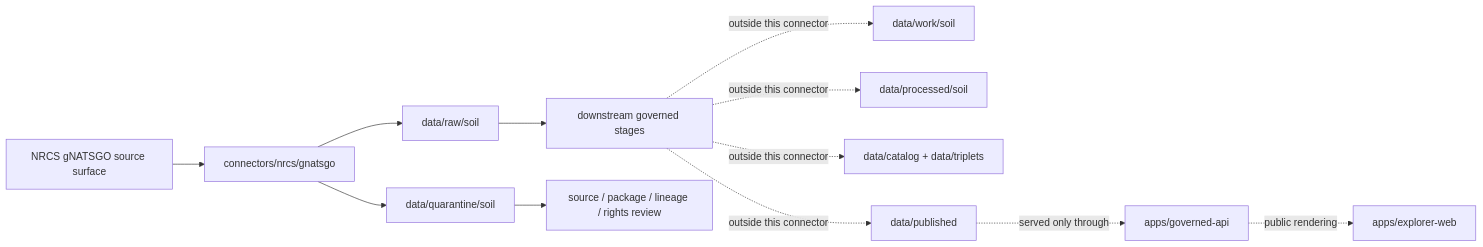
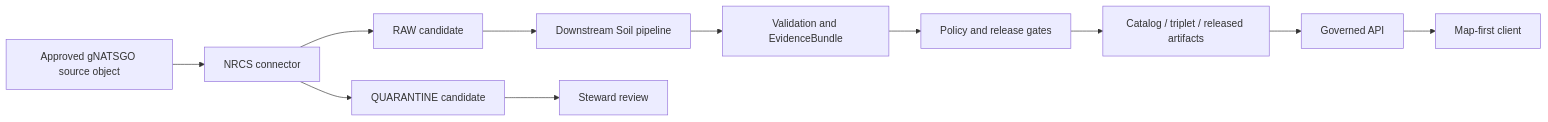
The diagram in connectors/nrcs/gnatsgo/README.md (bartytime4life/Kansas-Frontier-Matrix), drawn with Mermaid before and after one commit. The commit also changed other lines of this file, not shown here.

Commit message:
docs(connectors): strengthen NRCS gNATSGO boundary

````diff
--- a/connectors/nrcs/gnatsgo/README.md
+++ b/connectors/nrcs/gnatsgo/README.md
@@ -135,17 +669,13 @@
 ```mermaid
 flowchart LR
-  SRC[NRCS gNATSGO source surface] --> CONN[connectors/nrcs/gnatsgo]
-  CONN --> RAW[data/raw/soil]
-  CONN --> QUAR[data/quarantine/soil]
-
-  RAW --> NEXT[downstream governed stages]
-  QUAR --> REVIEW[source / package / lineage / rights review]
-
-  NEXT -. outside this connector .-> WORK[data/work/soil]
-  NEXT -. outside this connector .-> PROC[data/processed/soil]
-  NEXT -. outside this connector .-> CAT[data/catalog + data/triplets]
-  NEXT -. outside this connector .-> PUB[data/published]
-
-  PUB -. served only through .-> API[apps/governed-api]
-  API -. public rendering .-> UI[apps/explorer-web]
+  S[Approved gNATSGO source object] --> C[NRCS connector]
+  C --> R[RAW candidate]
+  C --> Q[QUARANTINE candidate]
+  R --> P[Downstream Soil pipeline]
+  Q --> V[Steward review]
+  P --> E[Validation and EvidenceBundle]
+  E --> G[Policy and release gates]
+  G --> A[Catalog / triplet / released artifacts]
+  A --> API[Governed API]
+  API --> UI[Map-first client]
 ```
````
